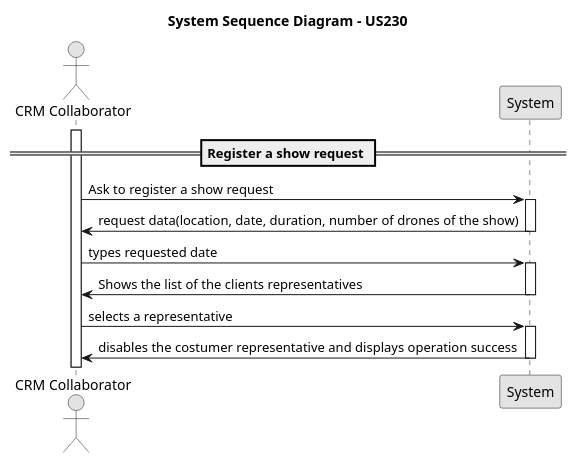
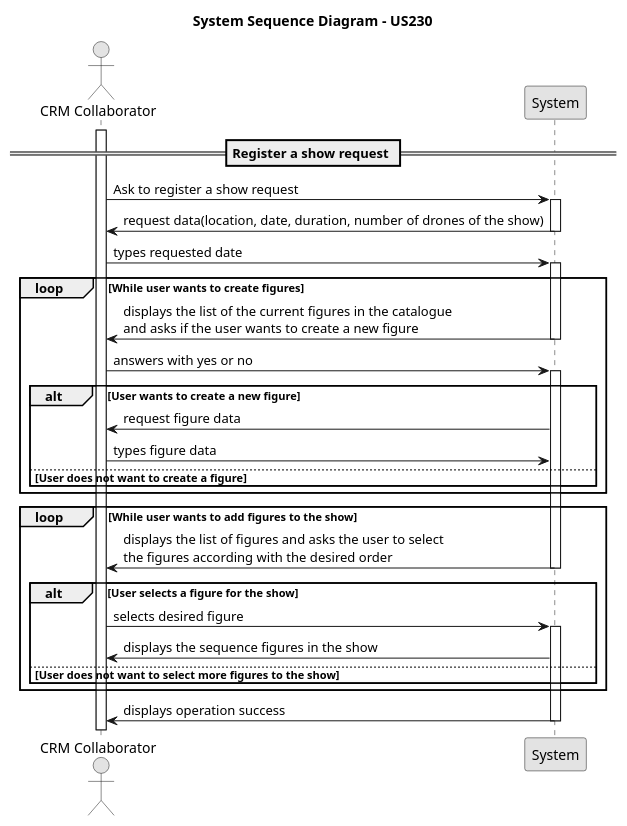
Before and after one commit to rubenFreitas1/ISEP-LAPR4-2024-2025: the diagram in docs/Sprint2/us_230/diagrams/system-sequence-diagram-US230.puml, drawn with PlantUML. The commit also changed 2 other files, not shown here.

```diff
--- a/docs/Sprint2/us_230/diagrams/system-sequence-diagram-US230.puml
+++ b/docs/Sprint2/us_230/diagrams/system-sequence-diagram-US230.puml
@@ -1,32 +1,52 @@
 @startuml
 skinparam monochrome true
 skinparam packageStyle rectangle
 skinparam shadowing false
 
 actor "CRM Collaborator" as crmCollaborator
 participant "System" as system
 
 title System Sequence Diagram - US230
 
  == Register a show request ==
  activate crmCollaborator
 
      crmCollaborator -> system : Ask to register a show request
      activate system
 
          system -> crmCollaborator : request data(location, date, duration, number of drones of the show)
      deactivate system
 
      crmCollaborator -> system : types requested date
      activate system
 
-         system -> crmCollaborator : Shows the list of the clients representatives
+         loop While user wants to create figures
+         system -> crmCollaborator : displays the list of the current figures in the catalogue \nand asks if the user wants to create a new figure
      deactivate system
 
-     crmCollaborator -> system : selects a representative
+     crmCollaborator -> system : answers with yes or no
      activate system
 
-         system -> crmCollaborator : disables the costumer representative and displays operation success
+         alt User wants to create a new figure
+            system -> crmCollaborator : request figure data
+            crmCollaborator -> system : types figure data
+         else User does not want to create a figure
+
+         end
+         end
+
+         loop While user wants to add figures to the show
+         system -> crmCollaborator : displays the list of figures and asks the user to select \nthe figures according with the desired order
      deactivate system
+     alt User selects a figure for the show
+     crmCollaborator -> system : selects desired figure
+     activate system
 
+        system -> crmCollaborator : displays the sequence figures in the show
+        else User does not want to select more figures to the show
+        end
+        end
+
+        system -> crmCollaborator : displays operation success
+     deactivate system
  @enduml
```
